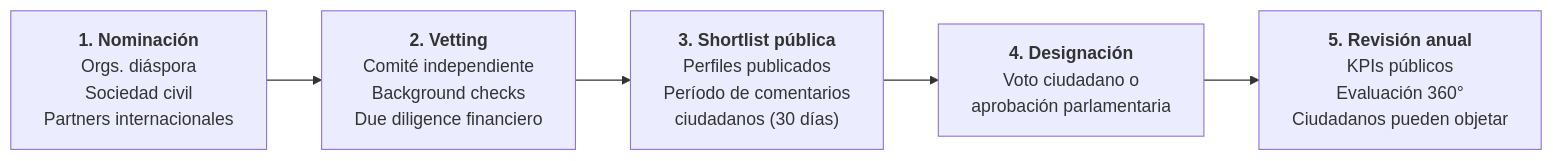
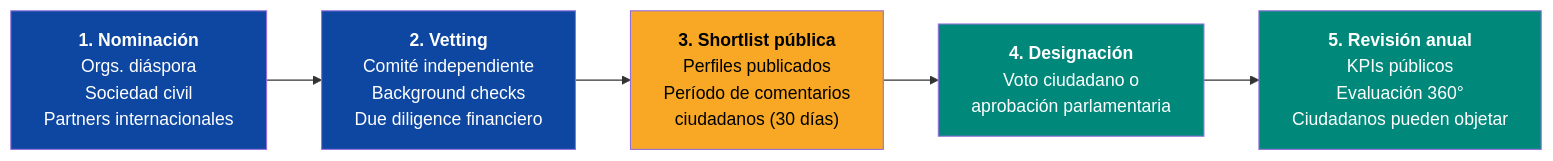
The second of 2 diagrams in docs/07-ejecucion/equipo-ejecutor.md (Venezuela-S-A/venezuela-sa), drawn with Mermaid before and after one commit. The commit also changed other lines of this file and 127 other files, not shown here.

````diff
--- a/docs/07-ejecucion/equipo-ejecutor.md
+++ b/docs/07-ejecucion/equipo-ejecutor.md
@@ -82,7 +93,13 @@
 ```mermaid
 flowchart LR
     NOM["<b>1. Nominación</b><br/>Orgs. diáspora<br/>Sociedad civil<br/>Partners internacionales"] --> VET["<b>2. Vetting</b><br/>Comité independiente<br/>Background checks<br/>Due diligence financiero"]
     VET --> SHORT["<b>3. Shortlist pública</b><br/>Perfiles publicados<br/>Período de comentarios<br/>ciudadanos (30 días)"]
     SHORT --> APT["<b>4. Designación</b><br/>Voto ciudadano o<br/>aprobación parlamentaria"]
     APT --> REV["<b>5. Revisión anual</b><br/>KPIs públicos<br/>Evaluación 360°<br/>Ciudadanos pueden objetar"]
+
+    style NOM fill:#0D47A1,color:#fff
+    style VET fill:#0D47A1,color:#fff
+    style SHORT fill:#F9A825,color:#000
+    style APT fill:#00897B,color:#fff
+    style REV fill:#00897B,color:#fff
 ```
````
